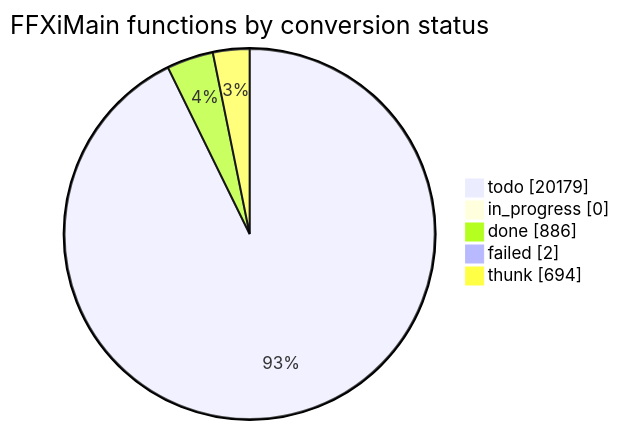
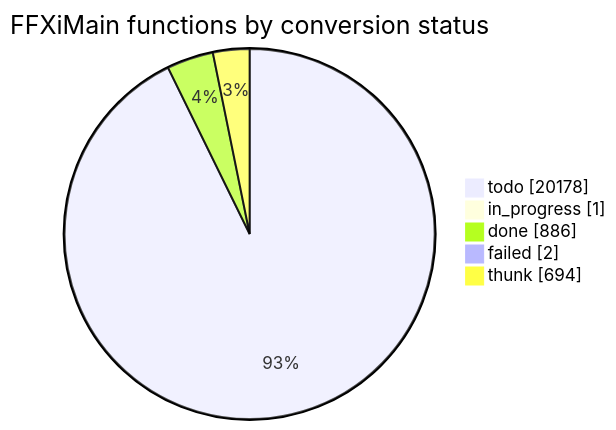
Before and after one commit to cowrevenge/cow_kuluu_xi_anything: the diagram in docs/cow/STATUS.md, drawn with Mermaid. The commit also changed other lines of this file and 7 other files, not shown here.

````diff
--- a/docs/cow/STATUS.md
+++ b/docs/cow/STATUS.md
@@ -18,9 +18,9 @@
 ```mermaid
 pie showData
     title FFXiMain functions by conversion status
-    "todo" : 20179
-    "in_progress" : 0
+    "todo" : 20178
+    "in_progress" : 1
     "done" : 886
     "failed" : 2
     "thunk" : 694
 ```
````
